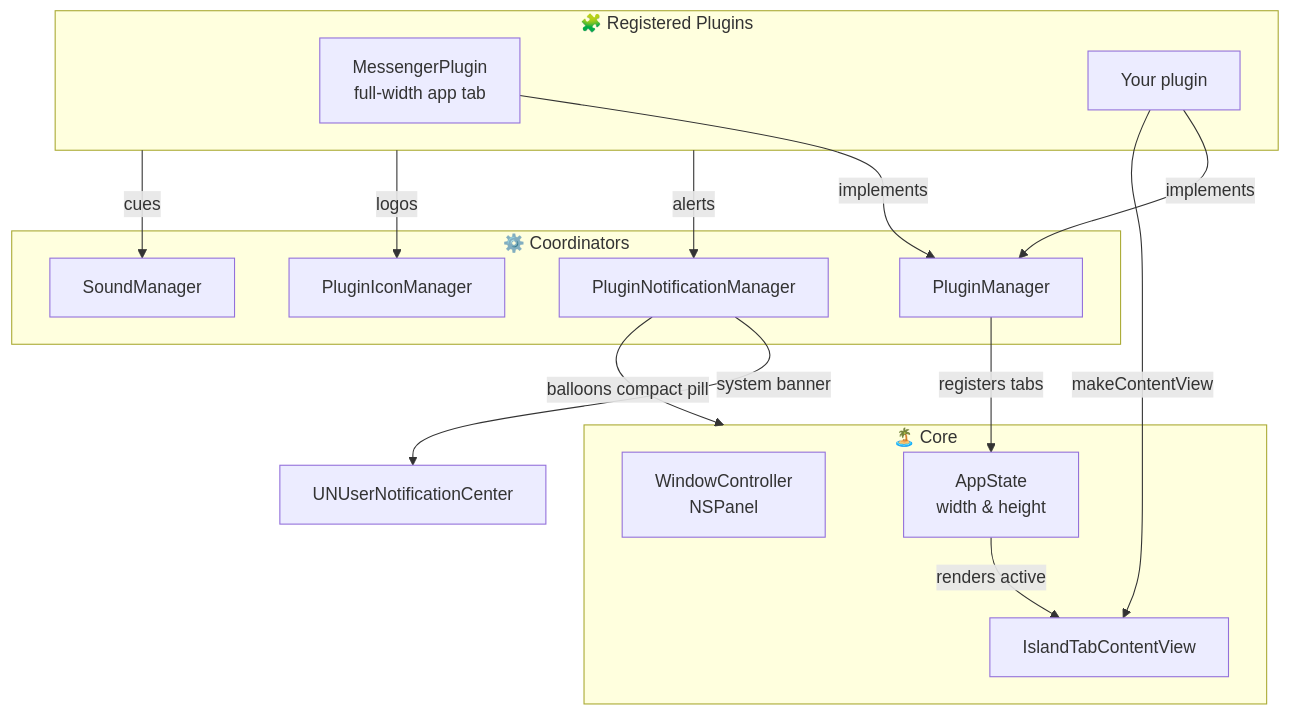
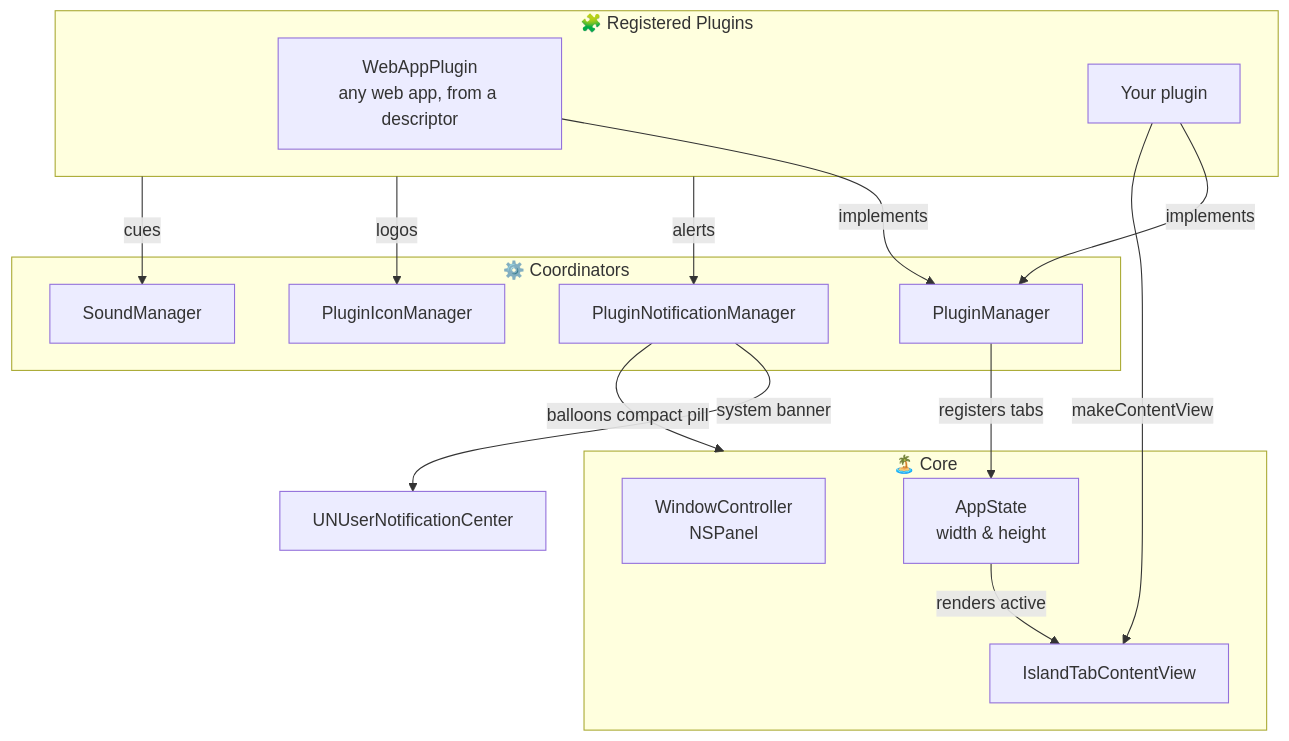
The diagram in docs/PLUGINS.md (Vuhuydiet/DynamicIsland), drawn with Mermaid before and after one commit. The commit also changed other lines of this file and 40 other files, not shown here.

````diff
--- a/docs/PLUGINS.md
+++ b/docs/PLUGINS.md
@@ -26,33 +26,33 @@
 ```mermaid
 flowchart TD
     subgraph Core["🏝️ Core"]
         WindowCtrl["WindowController<br/>NSPanel"]
         AppState["AppState<br/>width & height"]
         TabHost["IslandTabContentView"]
     end
 
     subgraph Mgrs["⚙️ Coordinators"]
         PluginMgr["PluginManager"]
         IconMgr["PluginIconManager"]
         NotifMgr["PluginNotificationManager"]
         SoundMgr["SoundManager"]
     end
 
     subgraph Plugins["🧩 Registered Plugins"]
-        Messenger["MessengerPlugin<br/>full-width app tab"]
+        WebApp["WebAppPlugin<br/>any web app, from a descriptor"]
         Custom["Your plugin"]
     end
 
-    Messenger -->|"implements"| PluginMgr
+    WebApp -->|"implements"| PluginMgr
     Custom -->|"implements"| PluginMgr
     PluginMgr -->|"registers tabs"| AppState
     AppState -->|"renders active"| TabHost
     Custom -->|"makeContentView"| TabHost
 
     Plugins -->|"alerts"| NotifMgr
     NotifMgr -->|"balloons compact pill"| Core
     NotifMgr -->|"system banner"| macOS["UNUserNotificationCenter"]
 
     Plugins -->|"logos"| IconMgr
     Plugins -->|"cues"| SoundMgr
 ```
````
